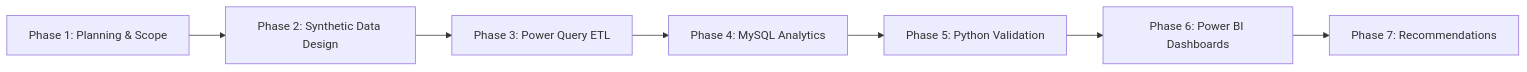
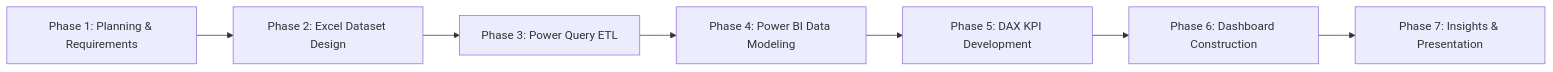
Before and after one commit to shashaank747/Electronics-Component-Analytics: the diagram in 01_Project_Planning/project_phases.md, drawn with Mermaid. The commit also changed other lines of this file and 42 other files, not shown here.

Commit message:
Restructure repository: Remove MySQL and Python completely, migrate to pure Excel + Power Query + Power BI stack

````diff
--- a/01_Project_Planning/project_phases.md
+++ b/01_Project_Planning/project_phases.md
@@ -3,9 +3,9 @@
 ```mermaid
 flowchart LR
-    P1["Phase 1: Planning & Scope"] --> P2["Phase 2: Synthetic Data Design"]
+    P1["Phase 1: Planning & Requirements"] --> P2["Phase 2: Excel Dataset Design"]
     P2 --> P3["Phase 3: Power Query ETL"]
-    P3 --> P4["Phase 4: MySQL Analytics"]
-    P4 --> P5["Phase 5: Python Validation"]
-    P5 --> P6["Phase 6: Power BI Dashboards"]
-    P6 --> P7["Phase 7: Recommendations"]
+    P3 --> P4["Phase 4: Power BI Data Modeling"]
+    P4 --> P5["Phase 5: DAX KPI Development"]
+    P5 --> P6["Phase 6: Dashboard Construction"]
+    P6 --> P7["Phase 7: Insights & Presentation"]
 ```
````
